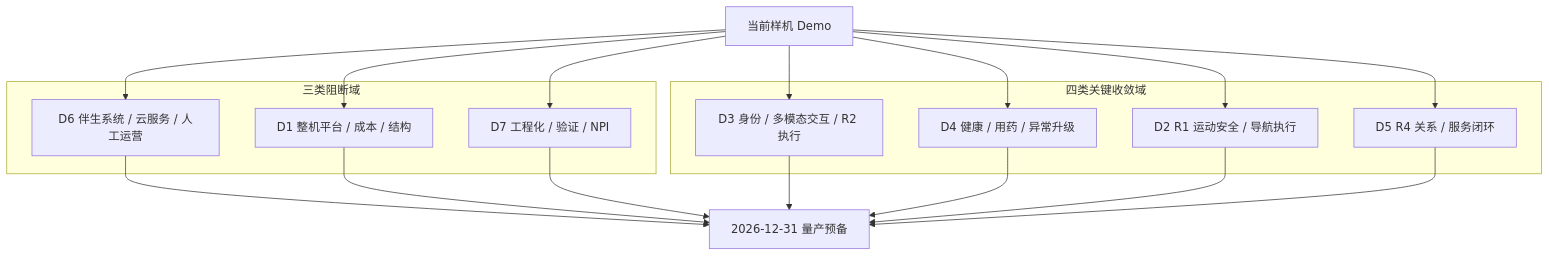
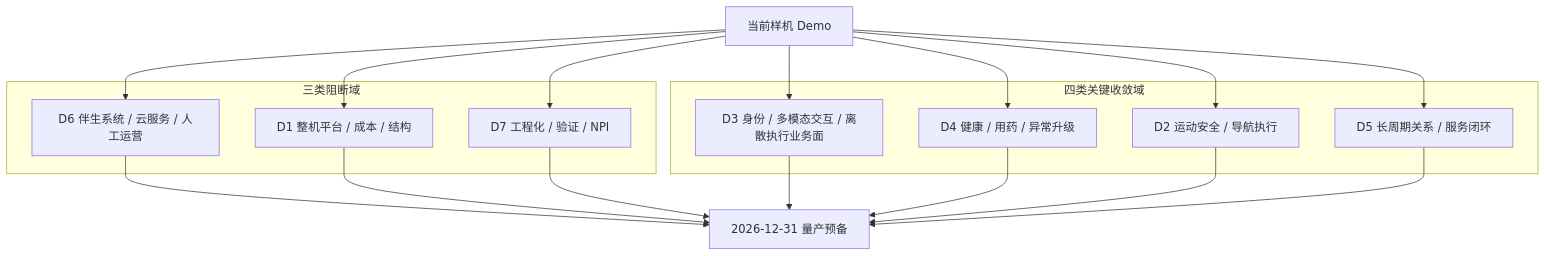
The diagram in docs/03_p2_feasibility/02_demo_to_mass_production_gaps.md (hlm12348765/Kinbot_OODA), drawn with Mermaid before and after one commit. The commit also changed other lines of this file and 39 other files, not shown here.

First line of the commit message:
docs(architecture): checkpoint family co-living phase baseline

````diff
--- a/docs/03_p2_feasibility/02_demo_to_mass_production_gaps.md
+++ b/docs/03_p2_feasibility/02_demo_to_mass_production_gaps.md
@@ -83,35 +87,35 @@
 ```mermaid
 flowchart TB
     DEMO[当前样机 Demo]
 
     subgraph 三类阻断域
         D6[D6 伴生系统 / 云服务 / 人工运营]
         D1[D1 整机平台 / 成本 / 结构]
         D7[D7 工程化 / 验证 / NPI]
     end
 
     subgraph 四类关键收敛域
-        D3[D3 身份 / 多模态交互 / R2 执行]
+        D3[D3 身份 / 多模态交互 / 离散执行业务面]
         D4[D4 健康 / 用药 / 异常升级]
-        D2[D2 R1 运动安全 / 导航执行]
-        D5[D5 R4 关系 / 服务闭环]
+        D2[D2 运动安全 / 导航执行]
+        D5[D5 长周期关系 / 服务闭环]
     end
 
     MP[2026-12-31 量产预备]
 
     DEMO --> D6
     DEMO --> D1
     DEMO --> D7
     DEMO --> D3
     DEMO --> D4
     DEMO --> D2
     DEMO --> D5
 
     D6 --> MP
     D1 --> MP
     D7 --> MP
     D3 --> MP
     D4 --> MP
     D2 --> MP
     D5 --> MP
 ```
````
